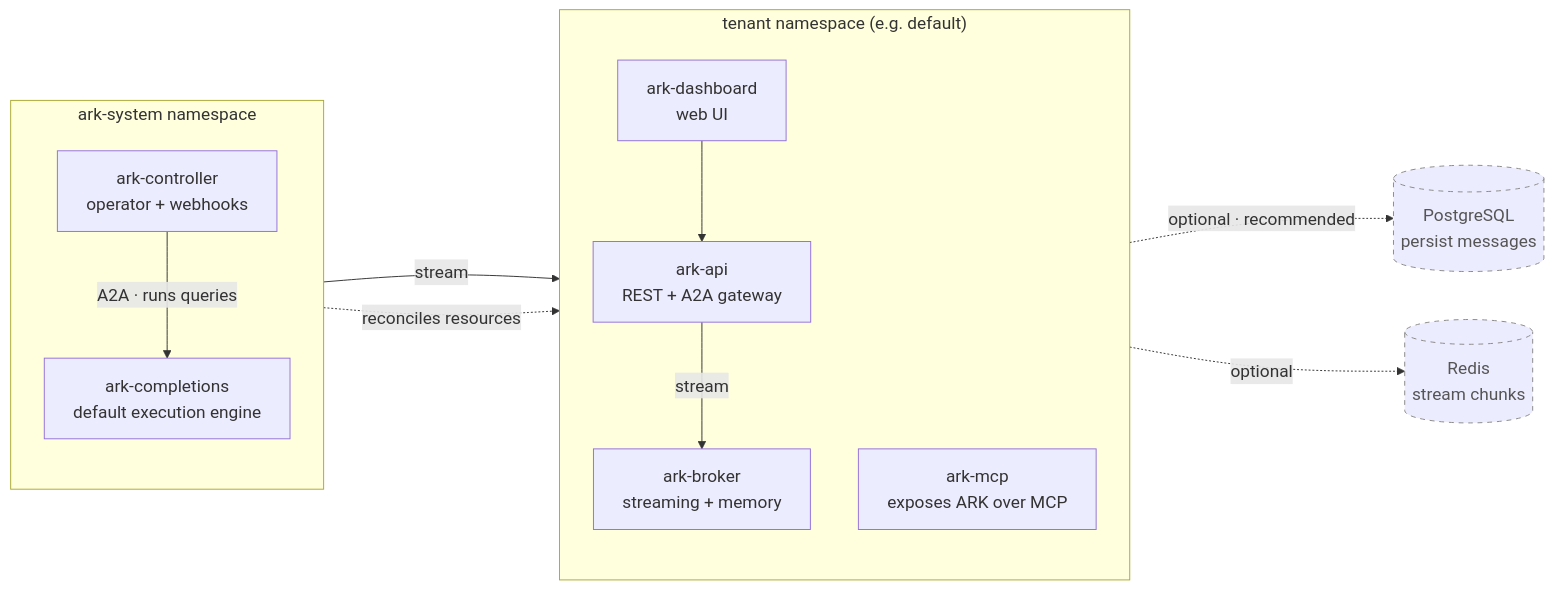
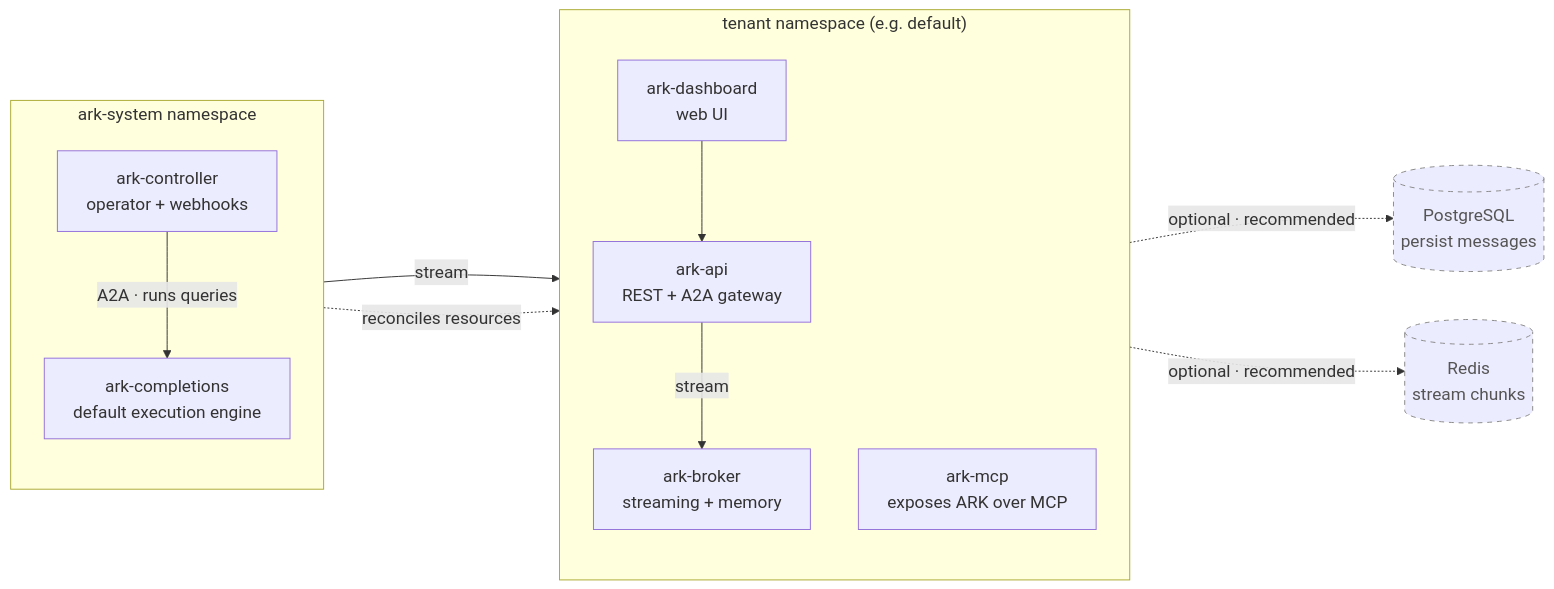
One commit to mckinsey/agents-at-scale-ark changed the diagram in docs/content/core-concepts/index.mdx. Above: the diagram before and after it, drawn with Mermaid.

Commit message:
docs(broker): mark Redis backend as recommended in architecture diagram

````diff
--- a/docs/content/core-concepts/index.mdx
+++ b/docs/content/core-concepts/index.mdx
@@ -49,31 +49,31 @@
 ```mermaid
 %%{init: {'themeVariables': {'fontSize': '18px'}, 'flowchart': {'rankSpacing': 80, 'nodeSpacing': 50}}}%%
 flowchart LR
     subgraph arksystem["ark-system namespace"]
         direction TB
         controller["ark-controller<br/>operator + webhooks"]
         completions["ark-completions<br/>default execution engine"]
     end
 
     subgraph tenant["tenant namespace (e.g. default)"]
         direction TB
         api["ark-api<br/>REST + A2A gateway"]
         dashboard["ark-dashboard<br/>web UI"]
         mcp["ark-mcp<br/>exposes ARK over MCP"]
         broker["ark-broker<br/>streaming + memory"]
     end
 
     postgres[("PostgreSQL<br/>persist messages")]
     redis[("Redis<br/>stream chunks")]
 
     controller -->|"A2A · runs queries"| completions
     controller -.->|"reconciles resources"| tenant
     dashboard --> api
     api -->|"stream"| broker
     completions -->|"stream"| broker
     broker -.->|"optional · recommended"| postgres
-    broker -.->|"optional"| redis
+    broker -.->|"optional · recommended"| redis
 
     classDef optional stroke-dasharray:5 5,stroke:#888,color:#555;
     class postgres,redis optional;
 ```
````
